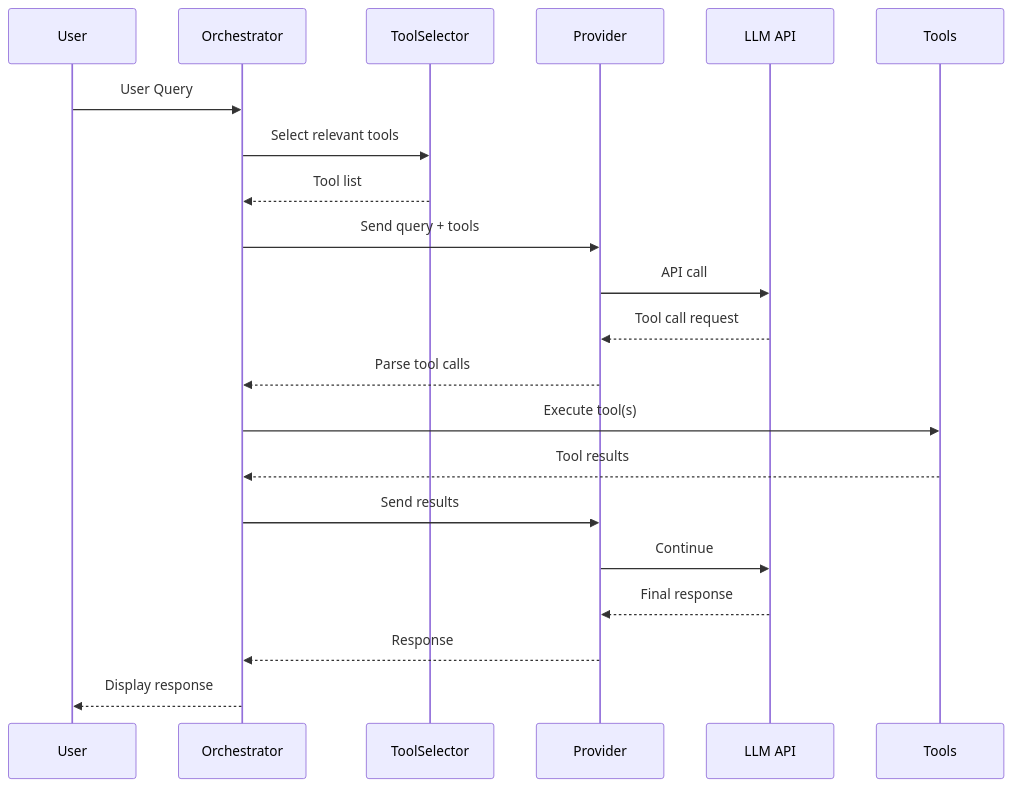
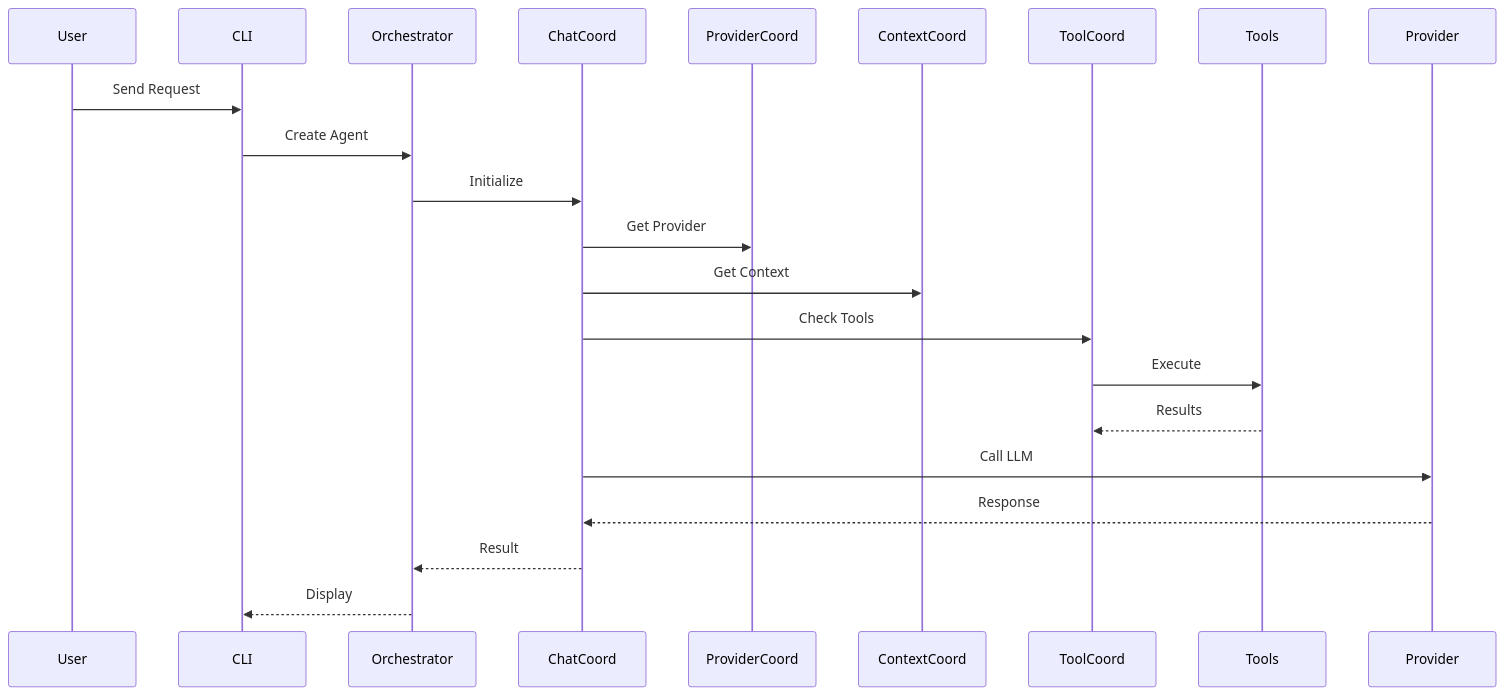
Before and after one commit to vjsingh1984/victor: the second of 2 diagrams in docs/architecture/overview.md, drawn with Mermaid. The commit also changed other lines of this file and 453 other files, not shown here.

````diff
--- a/docs/architecture/overview.md
+++ b/docs/architecture/overview.md
@@ -377,24 +240,15 @@
 ```mermaid
 sequenceDiagram
-    participant U as User
-    participant O as Orchestrator
-    participant TS as ToolSelector
-    participant P as Provider
-    participant LLM as LLM API
-    participant T as Tools
-
-    U->>O: User Query
-    O->>TS: Select relevant tools
-    TS-->>O: Tool list
-    O->>P: Send query + tools
-    P->>LLM: API call
-    LLM-->>P: Tool call request
-    P-->>O: Parse tool calls
-    O->>T: Execute tool(s)
-    T-->>O: Tool results
-    O->>P: Send results
-    P->>LLM: Continue
-    LLM-->>P: Final response
-    P-->>O: Response
-    O-->>U: Display response
+    User->>CLI: Send Request
+    CLI->>Orchestrator: Create Agent
+    Orchestrator->>ChatCoord: Initialize
+    ChatCoord->>ProviderCoord: Get Provider
+    ChatCoord->>ContextCoord: Get Context
+    ChatCoord->>ToolCoord: Check Tools
+    ToolCoord->>Tools: Execute
+    Tools-->>ToolCoord: Results
+    ChatCoord->>Provider: Call LLM
+    Provider-->>ChatCoord: Response
+    ChatCoord-->>Orchestrator: Result
+    Orchestrator-->>CLI: Display
 ```
````
